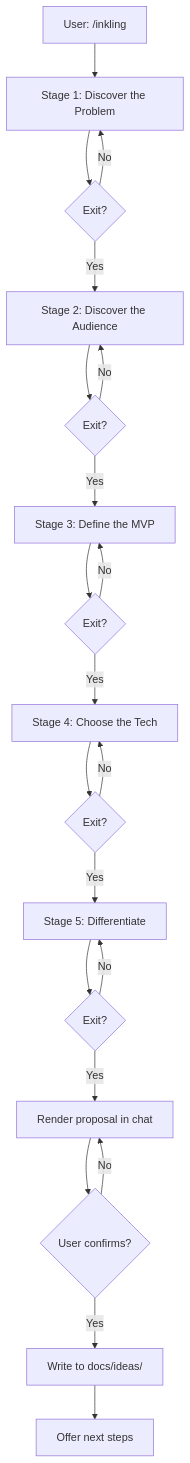
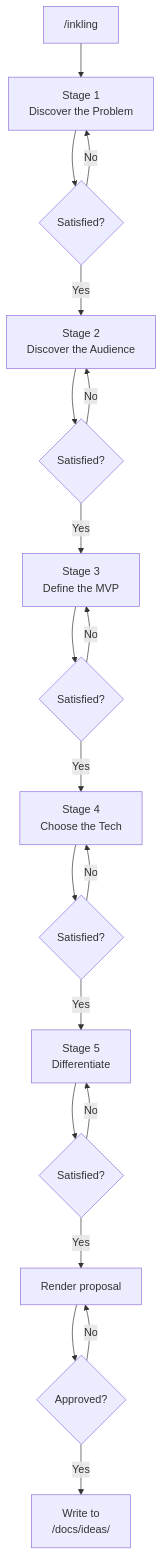
One commit to Eververdants/inkling changed the diagram in README.md. Above: the diagram before and after it, drawn with Mermaid. The commit also changed other lines of this file and 8 other files, not shown here.

````diff
--- a/README.md
+++ b/README.md
@@ -44,23 +90,22 @@
 ```mermaid
 flowchart TD
-    A[User: /inkling] --> B[Stage 1: Discover the Problem]
-    B --> C{Exit?}
+    A["/inkling"] --> B[Stage 1<br/>Discover the Problem]
+    B --> C{Satisfied?}
     C -->|No| B
-    C -->|Yes| D[Stage 2: Discover the Audience]
-    D --> E{Exit?}
+    C -->|Yes| D[Stage 2<br/>Discover the Audience]
+    D --> E{Satisfied?}
     E -->|No| D
-    E -->|Yes| F[Stage 3: Define the MVP]
-    F --> G{Exit?}
+    E -->|Yes| F[Stage 3<br/>Define the MVP]
+    F --> G{Satisfied?}
     G -->|No| F
-    G -->|Yes| H[Stage 4: Choose the Tech]
-    H --> I{Exit?}
+    G -->|Yes| H[Stage 4<br/>Choose the Tech]
+    H --> I{Satisfied?}
     I -->|No| H
-    I -->|Yes| J[Stage 5: Differentiate]
-    J --> K{Exit?}
+    I -->|Yes| J[Stage 5<br/>Differentiate]
+    J --> K{Satisfied?}
     K -->|No| J
-    K -->|Yes| L[Render proposal in chat]
-    L --> M{User confirms?}
+    K -->|Yes| L[Render proposal]
+    L --> M{Approved?}
     M -->|No| L
-    M -->|Yes| N[Write to docs/ideas/]
-    N --> O[Offer next steps]
+    M -->|Yes| N["Write to<br/><project>/docs/ideas/"]
 ```
````
